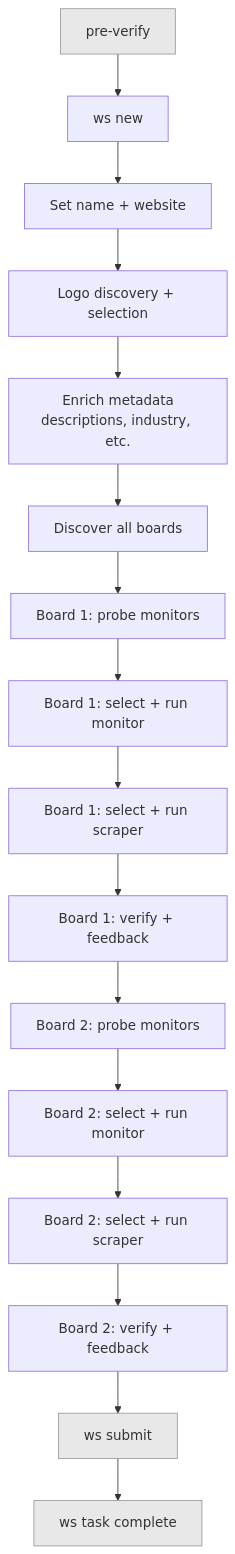
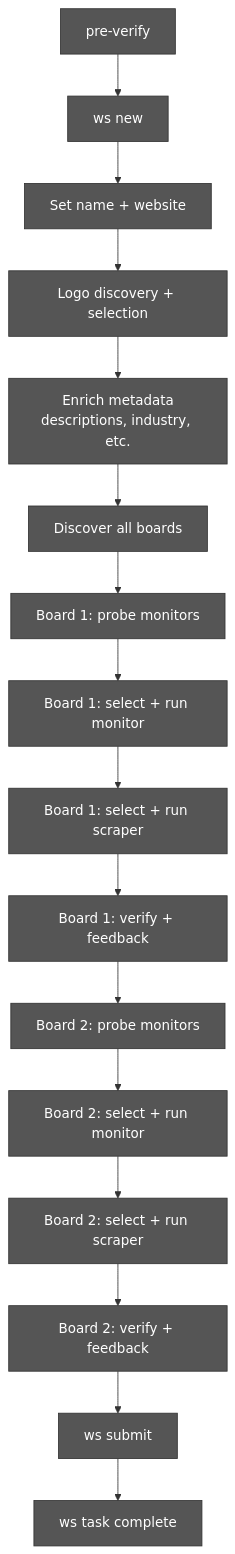
One commit to colophon-group/jobseek changed the first of 2 diagrams in docs/10-parallel-agent-pipeline.md. Above: the diagram before and after it, drawn with Mermaid.

Commit message:
Style all nodes in current pipeline diagram

````diff
--- a/docs/10-parallel-agent-pipeline.md
+++ b/docs/10-parallel-agent-pipeline.md
@@ -14,22 +14,35 @@
 ```mermaid
 graph TD
     A[pre-verify] --> B[ws new]
     B --> C[Set name + website]
     C --> D[Logo discovery + selection]
     D --> E[Enrich metadata<br/>descriptions, industry, etc.]
     E --> F[Discover all boards]
     F --> G[Board 1: probe monitors]
     G --> H[Board 1: select + run monitor]
     H --> I[Board 1: select + run scraper]
     I --> J[Board 1: verify + feedback]
     J --> K[Board 2: probe monitors]
     K --> L[Board 2: select + run monitor]
     L --> M[Board 2: select + run scraper]
     M --> N[Board 2: verify + feedback]
     N --> O[ws submit]
     O --> P[ws task complete]
 
-    style A fill:#e8e8e8,stroke:#999
-    style O fill:#e8e8e8,stroke:#999
-    style P fill:#e8e8e8,stroke:#999
+    style A fill:#555,stroke:#333,color:#fff
+    style B fill:#555,stroke:#333,color:#fff
+    style C fill:#555,stroke:#333,color:#fff
+    style D fill:#555,stroke:#333,color:#fff
+    style E fill:#555,stroke:#333,color:#fff
+    style F fill:#555,stroke:#333,color:#fff
+    style G fill:#555,stroke:#333,color:#fff
+    style H fill:#555,stroke:#333,color:#fff
+    style I fill:#555,stroke:#333,color:#fff
+    style J fill:#555,stroke:#333,color:#fff
+    style K fill:#555,stroke:#333,color:#fff
+    style L fill:#555,stroke:#333,color:#fff
+    style M fill:#555,stroke:#333,color:#fff
+    style N fill:#555,stroke:#333,color:#fff
+    style O fill:#555,stroke:#333,color:#fff
+    style P fill:#555,stroke:#333,color:#fff
 ```
````
